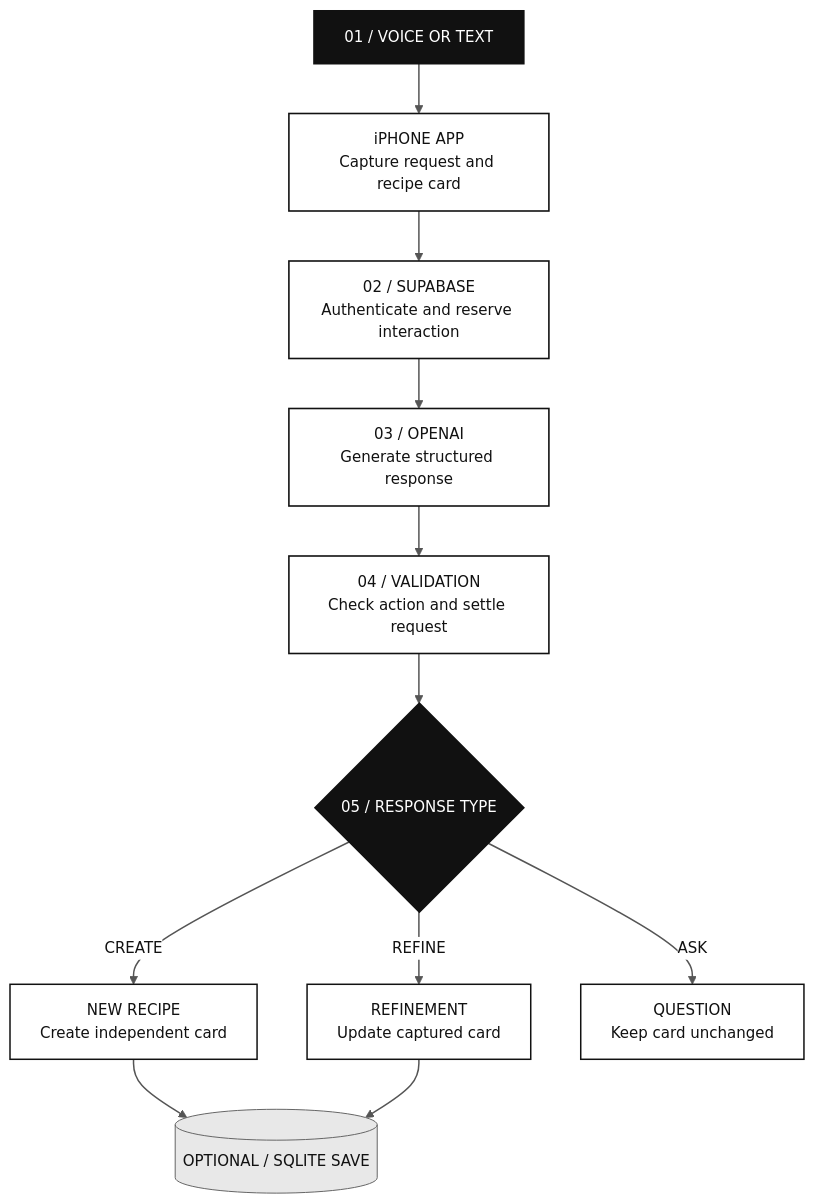
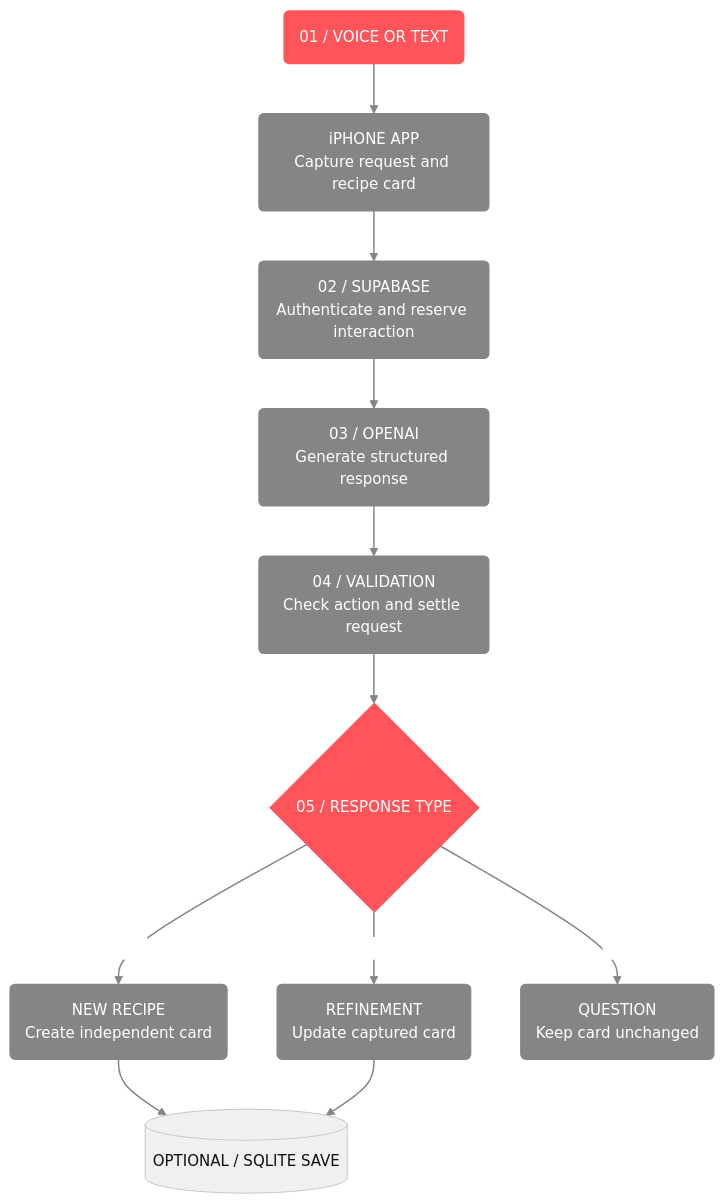
The diagram in README.md (barbarakprokop/prmpt-ai-cooking-lab), drawn with Mermaid before and after one commit.

Commit message:
Restyle architecture diagram with coral pills and grey flow components

````diff
--- a/README.md
+++ b/README.md
@@ -30,25 +30,24 @@
 ```mermaid
-%%{init: {"theme": "base", "themeVariables": {"fontFamily": "Arial, Helvetica, sans-serif", "fontSize": "15px", "primaryColor": "#FFFFFF", "primaryTextColor": "#111111", "primaryBorderColor": "#111111", "lineColor": "#555555", "secondaryColor": "#F2F2F2", "tertiaryColor": "#FFFFFF", "clusterBkg": "#FFFFFF", "clusterBorder": "#B5B5B5", "edgeLabelBackground": "#FFFFFF"}}}%%
+%%{init: {"theme":"base","themeVariables":{"fontFamily":"Arial, Helvetica, sans-serif","fontSize":"15px","primaryColor":"#FF555A","primaryTextColor":"#FFFFFF","primaryBorderColor":"#FF555A","lineColor":"#858585","secondaryColor":"#858585","tertiaryColor":"#F0F0F0","edgeLabelBackground":"#FFFFFF"}}}%%
 flowchart TB
-    INPUT["01 / VOICE OR TEXT"] --> APP["iPHONE APP<br/>Capture request and recipe card"]
-    APP --> API["02 / SUPABASE<br/>Authenticate and reserve interaction"]
-    API --> MODEL["03 / OPENAI<br/>Generate structured response"]
-    MODEL --> CHECK["04 / VALIDATION<br/>Check action and settle request"]
+    INPUT("01 / VOICE OR TEXT") --> APP("iPHONE APP<br/>Capture request and recipe card")
+    APP --> API("02 / SUPABASE<br/>Authenticate and reserve interaction")
+    API --> MODEL("03 / OPENAI<br/>Generate structured response")
+    MODEL --> CHECK("04 / VALIDATION<br/>Check action and settle request")
     CHECK --> ROUTE{"05 / RESPONSE TYPE"}
-    ROUTE -->|CREATE| NEW["NEW RECIPE<br/>Create independent card"]
-    ROUTE -->|REFINE| EDIT["REFINEMENT<br/>Update captured card"]
-    ROUTE -->|ASK| ASK["QUESTION<br/>Keep card unchanged"]
+    ROUTE -->|CREATE| NEW("NEW RECIPE<br/>Create independent card")
+    ROUTE -->|REFINE| EDIT("REFINEMENT<br/>Update captured card")
+    ROUTE -->|ASK| ASK("QUESTION<br/>Keep card unchanged")
     NEW --> SAVE[("OPTIONAL / SQLITE SAVE")]
     EDIT --> SAVE
 
-    classDef ink fill:#111111,stroke:#111111,color:#FFFFFF,stroke-width:2px;
-    classDef outline fill:#FFFFFF,stroke:#111111,color:#111111,stroke-width:1.6px;
-    classDef light fill:#F0F0F0,stroke:#888888,color:#111111,stroke-width:1.3px;
-    classDef result fill:#FFFFFF,stroke:#111111,color:#111111,stroke-width:1.5px;
-    classDef storage fill:#E8E8E8,stroke:#666666,color:#111111,stroke-width:1px;
-    class INPUT,ROUTE ink;
-    class APP,API,MODEL,CHECK outline;
-    class NEW,EDIT,ASK result;
-    class SAVE storage;
-    linkStyle default stroke:#555555,stroke-width:1.5px;
+    classDef primary fill:#FF555A,stroke:#FF555A,color:#FFFFFF,stroke-width:1.5px;
+    classDef secondary fill:#858585,stroke:#858585,color:#FFFFFF,stroke-width:1.2px;
+    classDef annotation fill:#F0F0F0,stroke:#C7C7C7,color:#111111,stroke-width:1px;
+    classDef future fill:#F0F0F0,stroke:#999999,color:#555555,stroke-width:1.2px,stroke-dasharray:5 4;
+    class INPUT,ROUTE primary;
+    class APP,API,MODEL,CHECK secondary;
+    class NEW,EDIT,ASK secondary;
+    class SAVE annotation;
+    linkStyle default stroke:#858585,stroke-width:1.5px;
 ```
````
